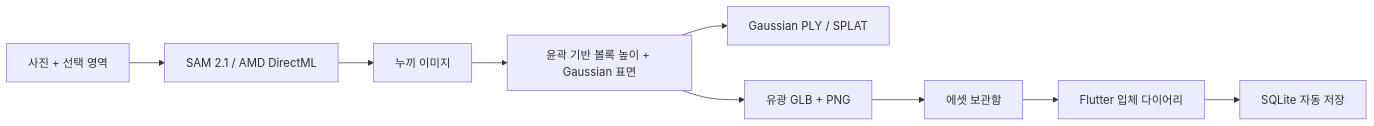
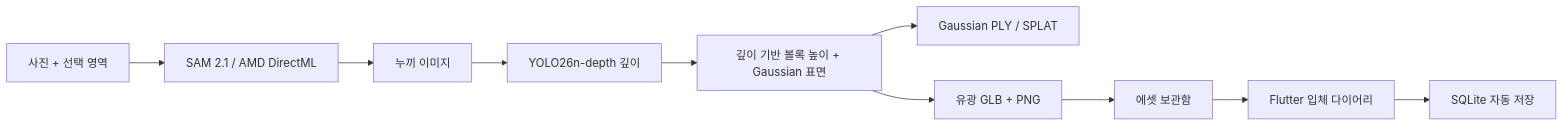
One commit to bloodmoon3929/GoodMorNing-fork changed the diagram in README.md. Above: the diagram before and after it, drawn with Mermaid. The commit also changed other lines of this file and 2 other files, not shown here.

Commit message:
docs: show the Pochita sticker process and the YOLO depth step

````diff
--- a/README.md
+++ b/README.md
@@ -84,11 +85,12 @@
 ```mermaid
 flowchart LR
   A[사진 + 선택 영역] --> B[SAM 2.1 / AMD DirectML]
   B --> C[누끼 이미지]
-  C --> D[윤곽 기반 볼록 높이 + Gaussian 표면]
+  C --> Y[YOLO26n-depth 깊이]
+  Y --> D[깊이 기반 볼록 높이 + Gaussian 표면]
   D --> E[Gaussian PLY / SPLAT]
   D --> F[유광 GLB + PNG]
   F --> G[에셋 보관함]
   G --> H[Flutter 입체 다이어리]
   H --> I[SQLite 자동 저장]
 ```
````
